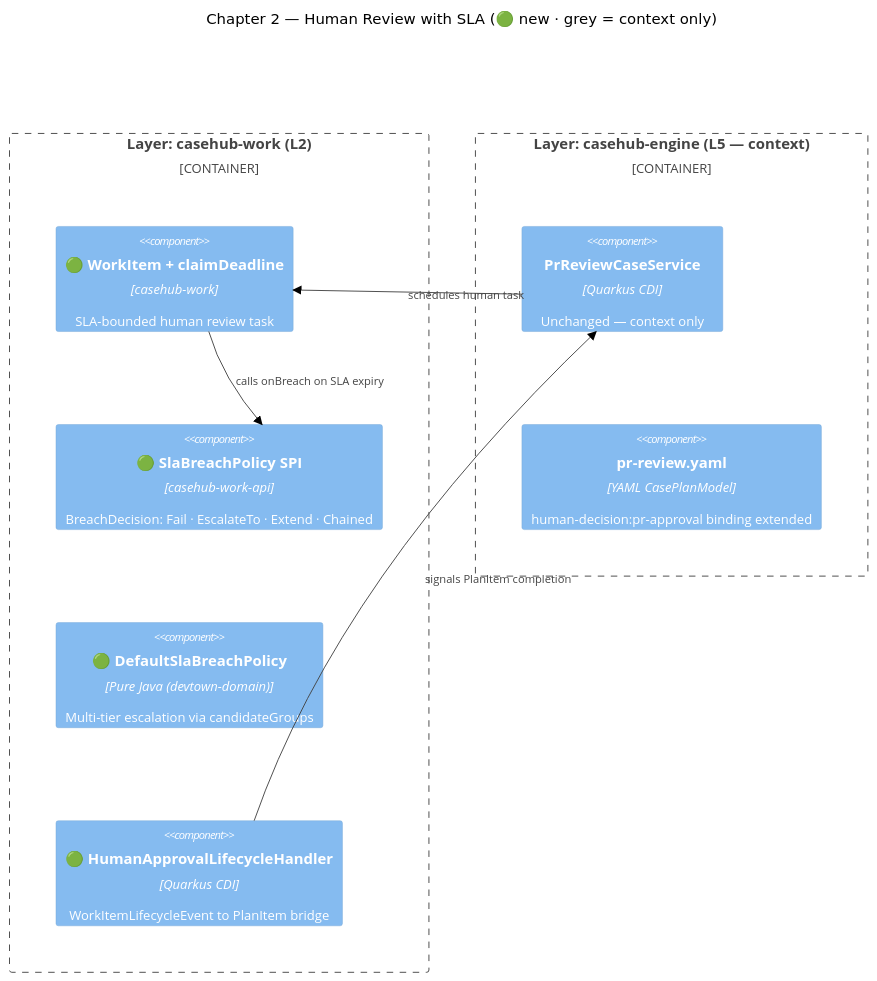
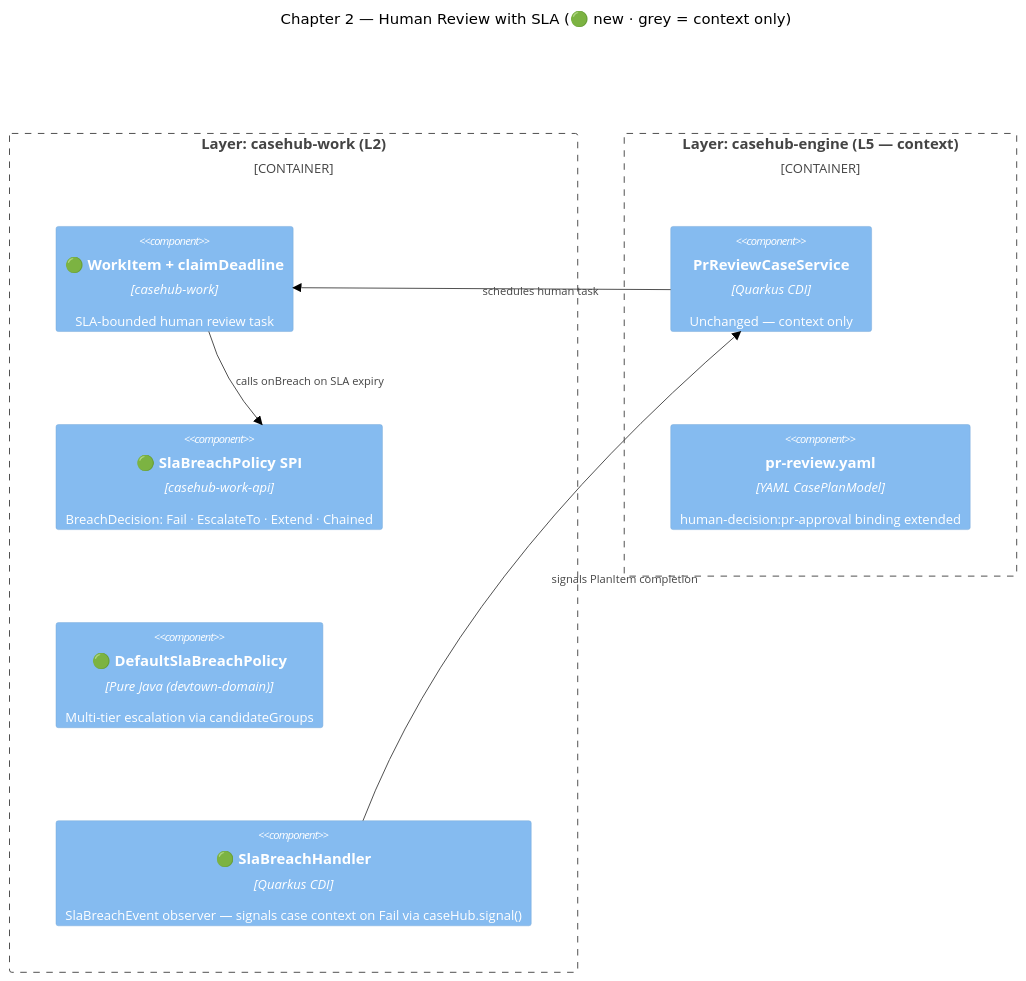
One commit to mdproctor/wsp-casehub-devtown changed the seventh of 7 diagrams in ARC42STORIES.MD. Above: the diagram before and after it, drawn with Mermaid (forest theme). The commit also changed other lines of this file, not shown here.

````diff
--- a/ARC42STORIES.MD
+++ b/ARC42STORIES.MD
@@ -500,20 +511,20 @@
 ```mermaid
 C4Component
   title Chapter 2 — Human Review with SLA (🟢 new · grey = context only)
 
   Container_Boundary(b_work, "Layer: casehub-work (L2)") {
     Component(workitem, "🟢 WorkItem + claimDeadline", "casehub-work", "SLA-bounded human review task")
     Component(policy, "🟢 SlaBreachPolicy SPI", "casehub-work-api", "BreachDecision: Fail · EscalateTo · Extend · Chained")
     Component(breach, "🟢 DefaultSlaBreachPolicy", "Pure Java (devtown-domain)", "Multi-tier escalation via candidateGroups")
-    Component(handler, "🟢 HumanApprovalLifecycleHandler", "Quarkus CDI", "WorkItemLifecycleEvent to PlanItem bridge")
+    Component(handler, "🟢 SlaBreachHandler", "Quarkus CDI", "SlaBreachEvent observer — signals case context on Fail via caseHub.signal()")
   }
 
   Container_Boundary(b_engine, "Layer: casehub-engine (L5 — context)") {
     Component(caseservice, "PrReviewCaseService", "Quarkus CDI", "Unchanged — context only")
     Component(yaml, "pr-review.yaml", "YAML CasePlanModel", "human-decision:pr-approval binding extended")
   }
 
   Rel(caseservice, workitem, "schedules human task")
   Rel(workitem, policy, "calls onBreach on SLA expiry")
   Rel(handler, caseservice, "signals PlanItem completion")
 ```
````
